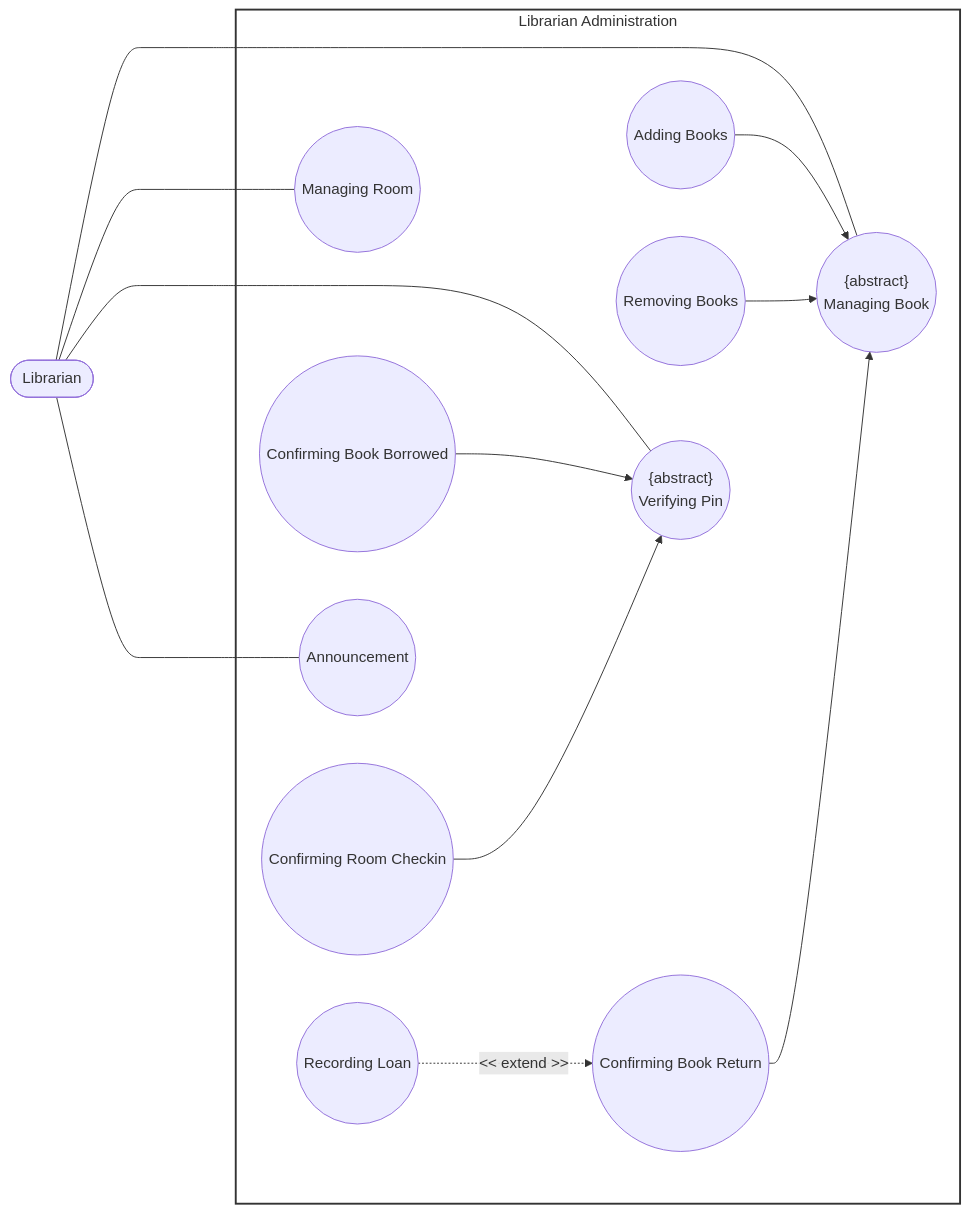
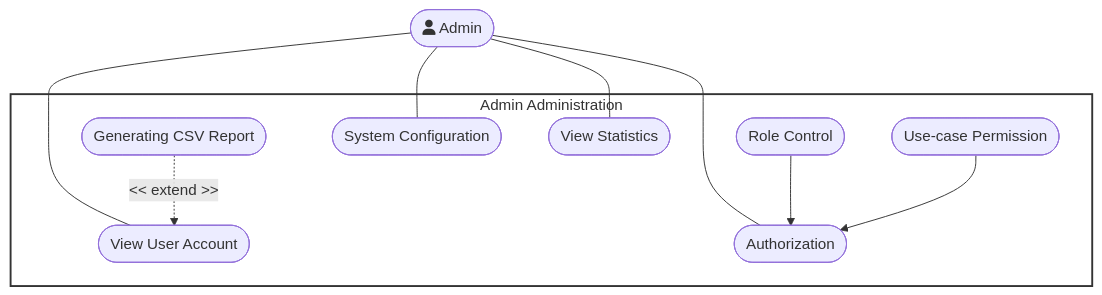
One commit to DuyNhat1705/AmeThyst-Library changed the ninth of 9 diagrams in docs/management/PA3/Use-CaseDiagram.md. Above: the diagram before and after it, drawn with Mermaid. The commit also changed other lines of this file, not shown here.

Commit message:
update icon for UC diagram

````diff
--- a/docs/management/PA3/Use-CaseDiagram.md
+++ b/docs/management/PA3/Use-CaseDiagram.md
@@ -352,26 +364,19 @@
-``` mermaid
-flowchart LR
- subgraph LibrarianAdministration["Librarian Administration"]
-        UC1(("<center>{abstract}<br>Managing Book</center>"))
-        UC2(("Adding Books"))
-        UC3(("Removing Books"))
-        UC4(("Confirming Book Return"))
-        UC5(("Recording Loan"))
-        UC6(("Managing Room"))
-        UC7(("<center>{abstract}<br>Verifying Pin</center>"))
-        UC8(("Confirming Book Borrowed"))
-        UC9(("Confirming Room Checkin"))
-        UC10(("Announcement"))
+```mermaid
+flowchart TD
+ subgraph AdminAdministration["Admin Administration"]
+        UC1(["View User Account"])
+        UC2(["Generating CSV Report"])
+        UC3(["Authorization"])
+        UC4(["Role Control"])
+        UC5(["Use-case Permission"])
+        UC6(["System Configuration"])
+        UC7(["View Statistics"])
   end
-    Librarian(["Librarian"]) ======= LibrarianAdministration
-    Librarian --- UC1 & UC6 & UC7 & UC10
-    UC2 --> UC1
-    UC3 --> UC1
-    UC4 --> UC1
-    UC8 --> UC7
-    UC9 --> UC7
-    UC5 -. &lt;&lt; extend &gt;&gt; .-> UC4
+    Admin(["fa:fa-user Admin"]) ~~~~ AdminAdministration
+    Admin --- UC1 & UC3 & UC6 & UC7
+    UC2 -. &lt;&lt; extend &gt;&gt; .-> UC1
+    UC4 --> UC3
+    UC5 --> UC3
 
-    style LibrarianAdministration fill:#fff,stroke:#333,stroke-width:2px
-    linkStyle 0 stroke:transparent
+    style AdminAdministration fill:#fff,stroke:#333,stroke-width:2px
 ```
````
